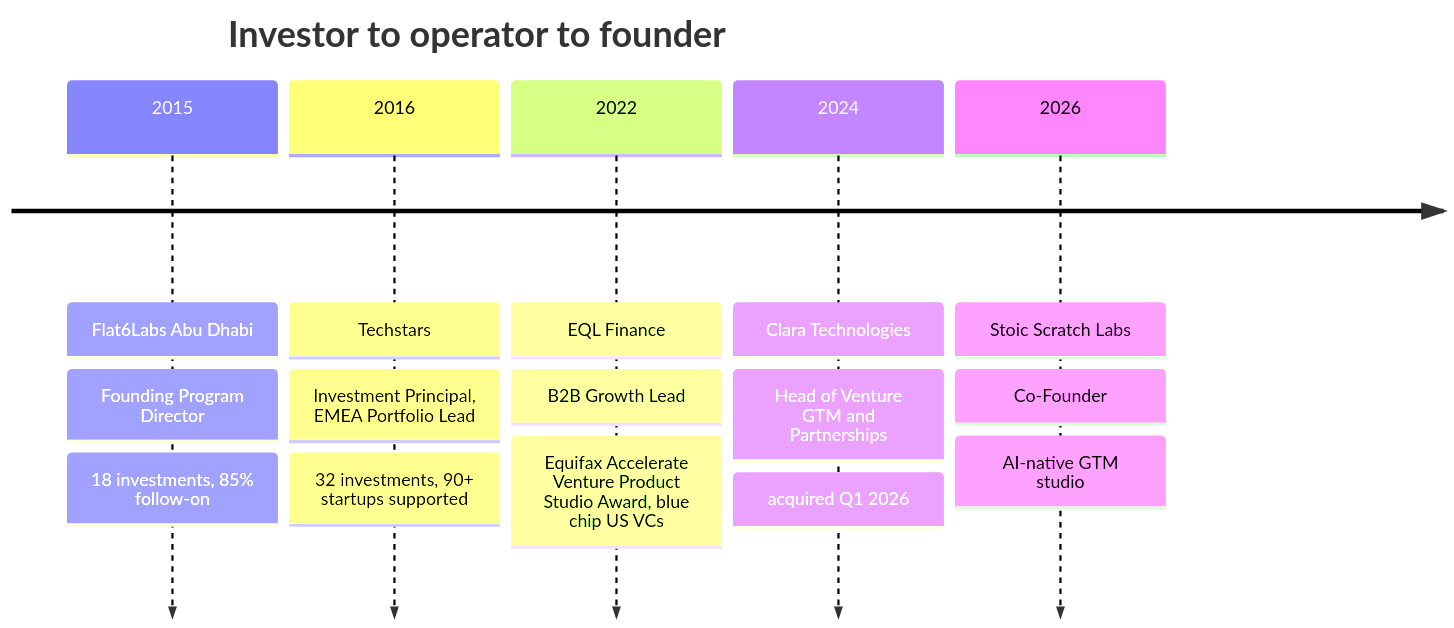
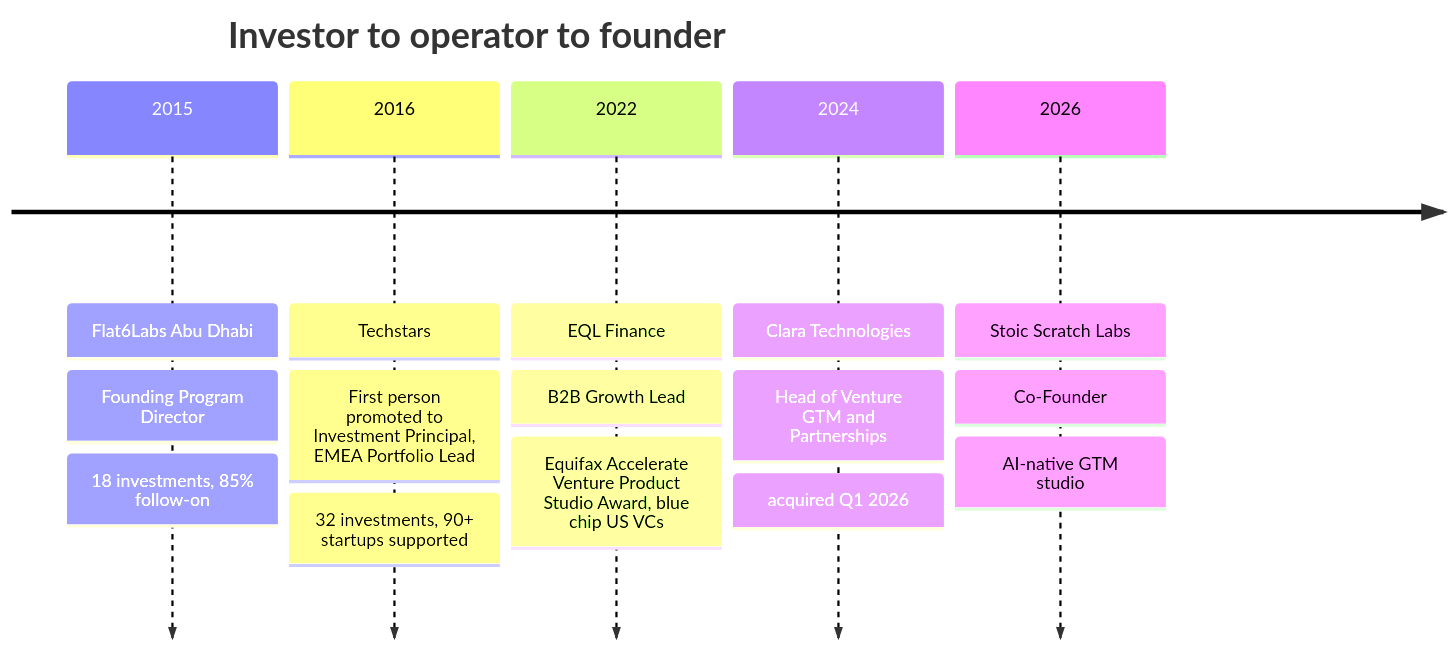
Before and after one commit to RamzyToday/README-Final: the first of 3 diagrams in README.md, drawn with Mermaid.

Commit message:
Update Techstars role details in README
Clarified role description for Techstars promotion.

````diff
--- a/README.md
+++ b/README.md
@@ -35,9 +35,9 @@
 ```mermaid
 timeline
     title Investor to operator to founder
     2015 : Flat6Labs Abu Dhabi : Founding Program Director : 18 investments, 85% follow-on
-    2016 : Techstars : Investment Principal, EMEA Portfolio Lead : 32 investments, 90+ startups supported
+    2016 : Techstars : First person promoted to Investment Principal, EMEA Portfolio Lead : 32 investments, 90+ startups supported
     2022 : EQL Finance : B2B Growth Lead : Equifax Accelerate Venture Product Studio Award, blue chip US VCs
     2024 : Clara Technologies : Head of Venture GTM and Partnerships : acquired Q1 2026
     2026 : Stoic Scratch Labs : Co-Founder : AI-native GTM studio
 ```
````
